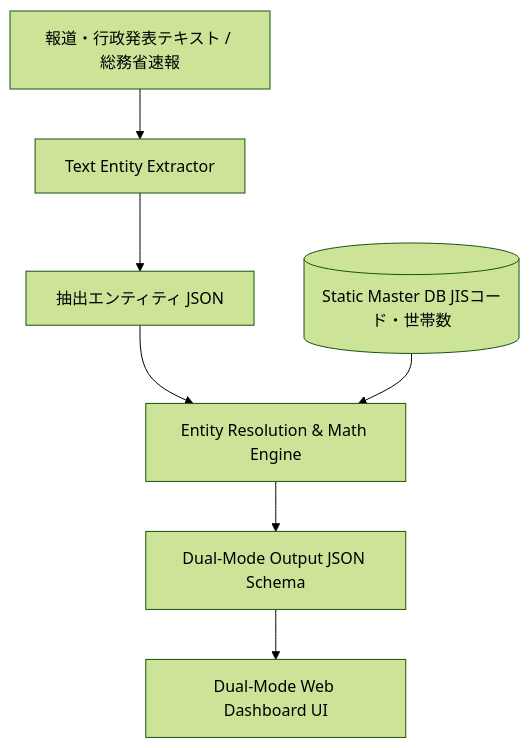
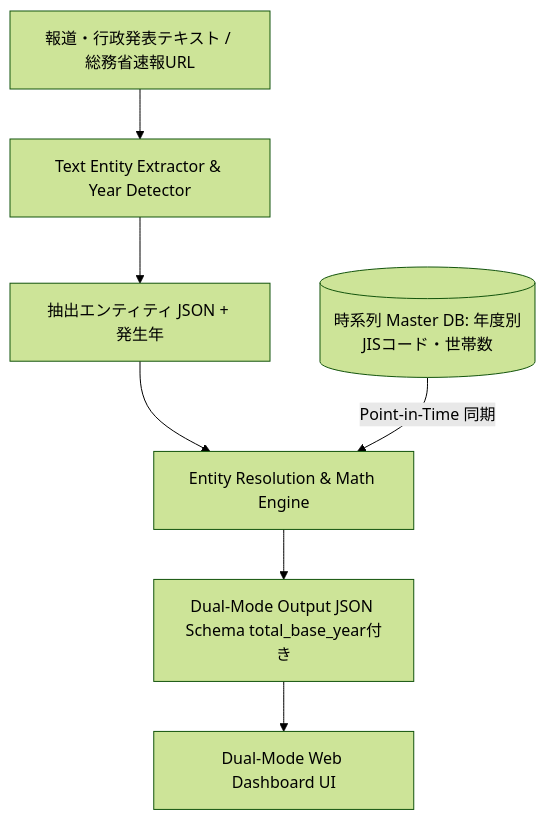
One commit to Hideyoshi-Fukuoka/disaster-density-engine changed the diagram in README.md. Above: the diagram before and after it, drawn with Mermaid (forest theme). The commit also changed other lines of this file, not shown here.

Commit message:
docs: Update README.md with time-series Point-in-Time resolution, Report N adaptation, and updated JSON schema

````diff
--- a/README.md
+++ b/README.md
@@ -42,9 +43,9 @@
 ```mermaid
 graph TD
-    A[報道・行政発表テキスト / 総務省速報] --> B[Text Entity Extractor]
-    B --> C[抽出エンティティ JSON]
+    A[報道・行政発表テキスト / 総務省速報URL] --> B[Text Entity Extractor & Year Detector]
+    B --> C[抽出エンティティ JSON + 発生年]
     C --> D[Entity Resolution & Math Engine]
-    E[(Static Master DB JISコード・世帯数)] --> D
-    D --> F[Dual-Mode Output JSON Schema]
+    E[(時系列 Master DB: 年度別JISコード・世帯数)] -->|Point-in-Time 同期| D
+    D --> F[Dual-Mode Output JSON Schema total_base_year付き]
     F --> G[Dual-Mode Web Dashboard UI]
 ```
````
